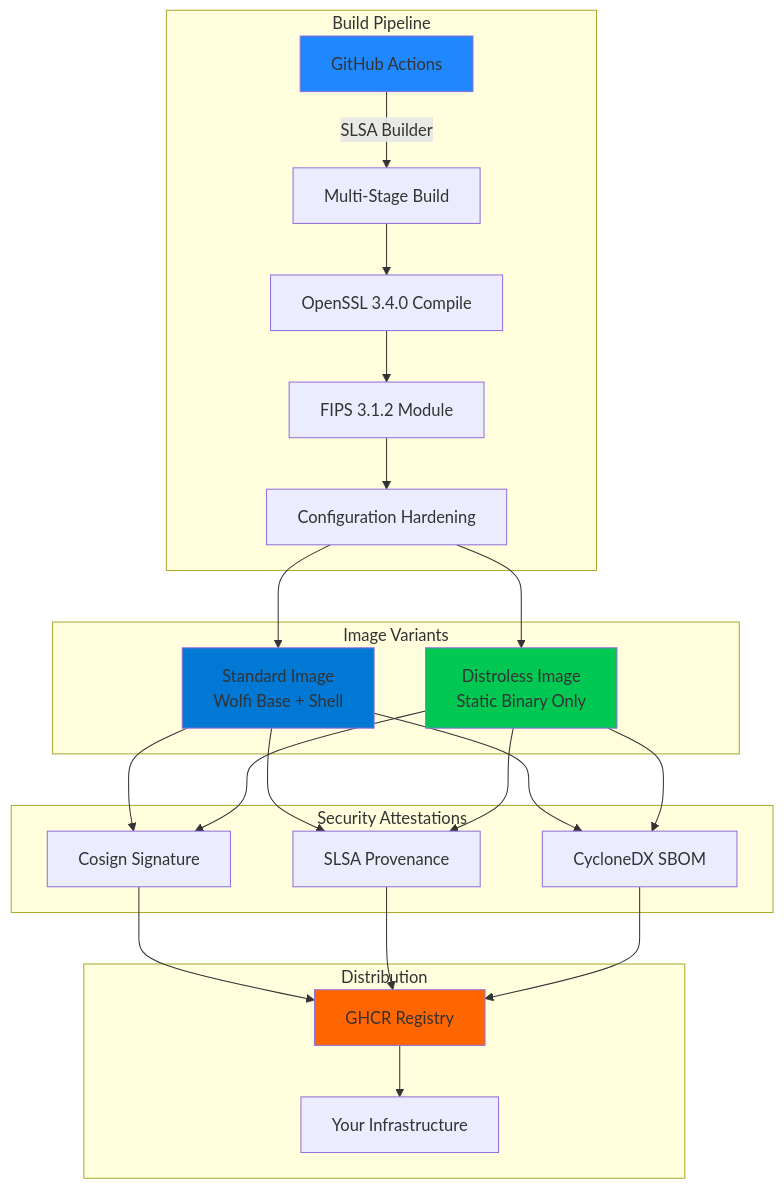
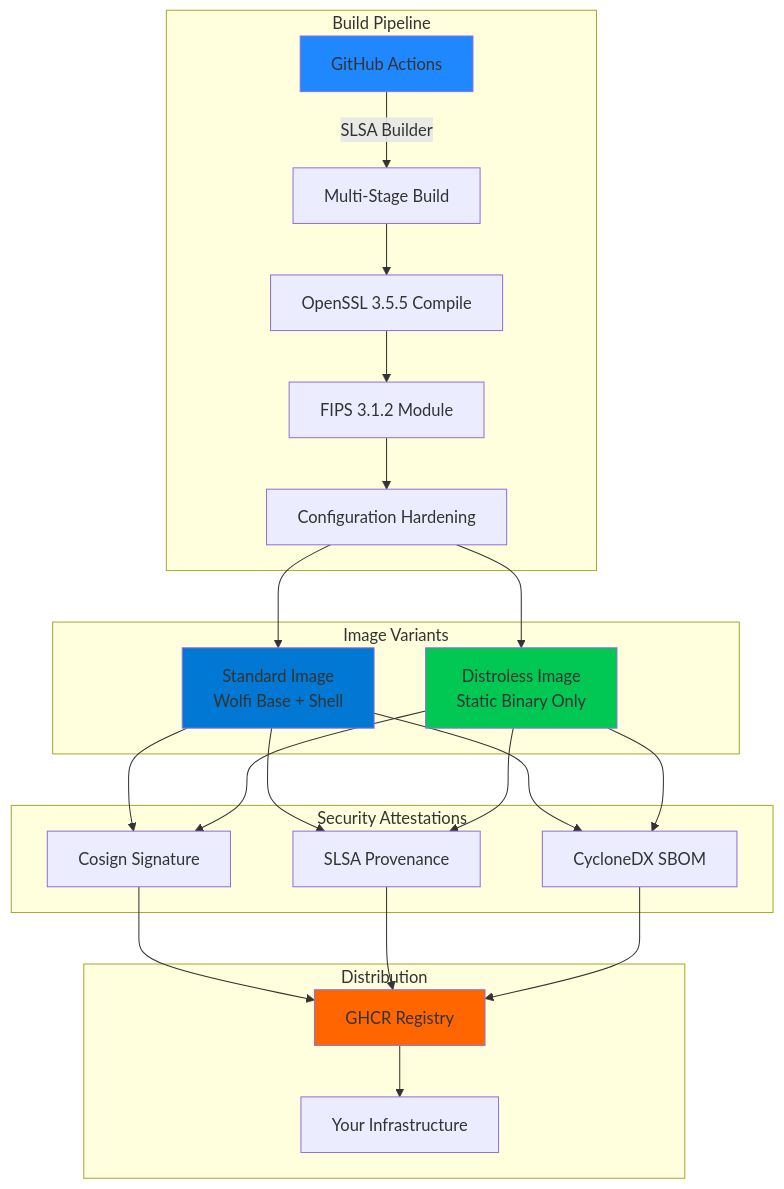
Before and after one commit to taha2samy/openssl_fips: the diagram in README.md, drawn with Mermaid. The commit also changed other lines of this file, not shown here.

````diff
--- a/README.md
+++ b/README.md
@@ -180,35 +180,35 @@
 ```mermaid
 graph TB
     subgraph "Build Pipeline"
         A[GitHub Actions] -->|SLSA Builder| B[Multi-Stage Build]
-        B --> C[OpenSSL 3.4.0 Compile]
+        B --> C[OpenSSL 3.5.5 Compile]
         C --> D[FIPS 3.1.2 Module]
         D --> E[Configuration Hardening]
     end
     
     subgraph "Image Variants"
         E --> F[Standard Image<br/>Wolfi Base + Shell]
         E --> G[Distroless Image<br/>Static Binary Only]
     end
     
     subgraph "Security Attestations"
         F --> H[Cosign Signature]
         G --> H
         F --> I[SLSA Provenance]
         G --> I
         F --> J[CycloneDX SBOM]
         G --> J
     end
     
     subgraph "Distribution"
         H --> K[GHCR Registry]
         I --> K
         J --> K
         K --> L[Your Infrastructure]
     end
     
     style A fill:#2088FF
     style F fill:#0078D4
     style G fill:#00C853
     style K fill:#FF6600
 ```
````
